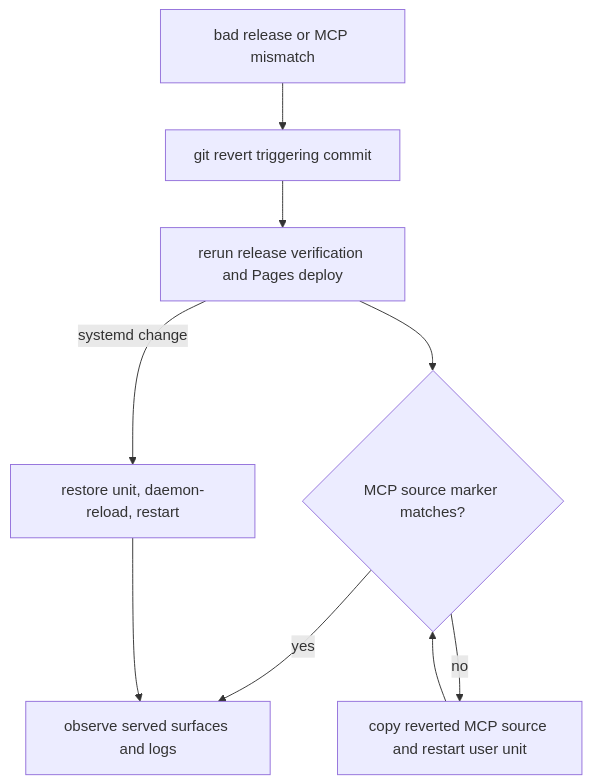
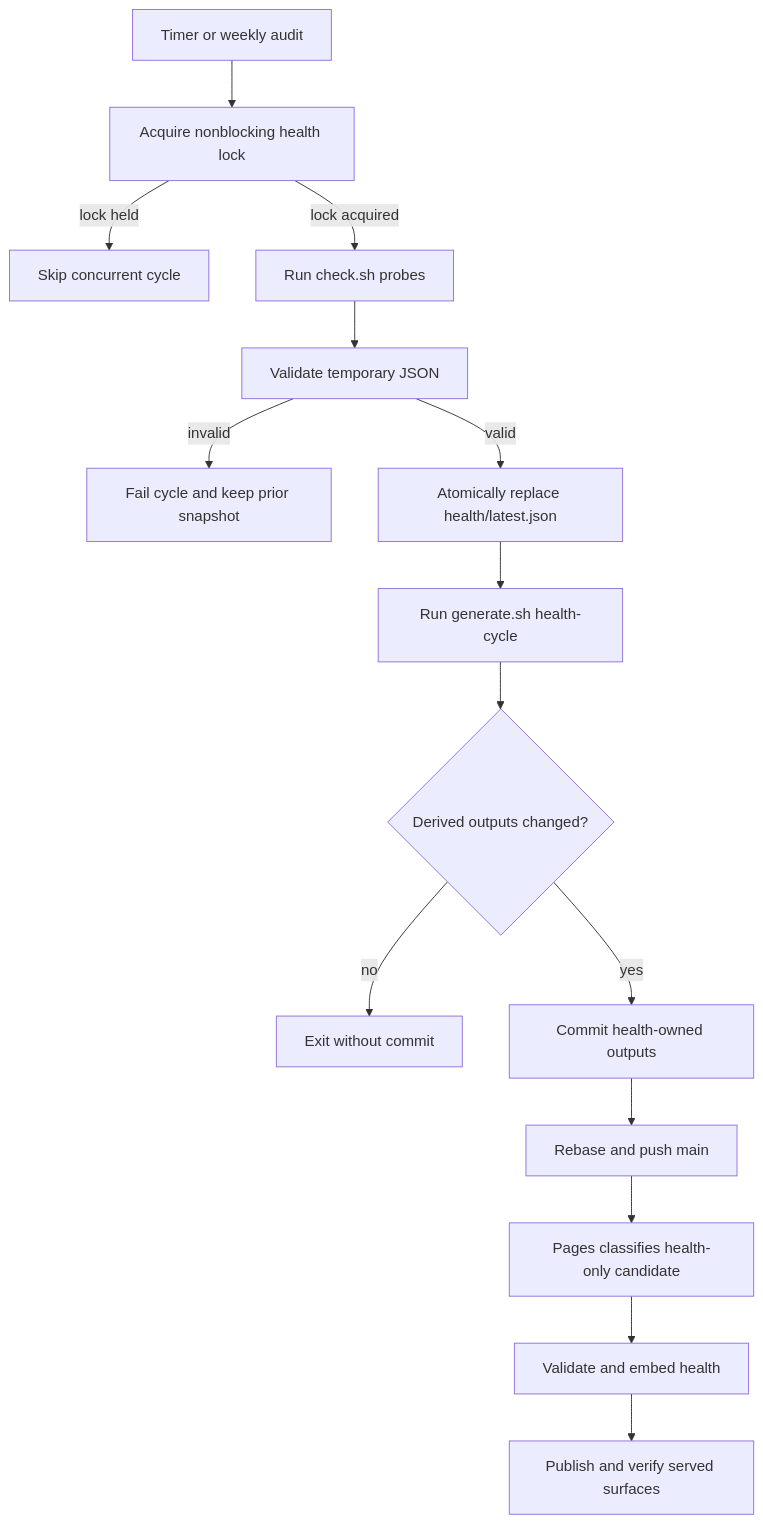
Before and after one commit to r3dz4r/datapulse-my: the diagram in openwiki/operations.md, drawn with Mermaid. The commit also changed other lines of this file and 4 other files, not shown here.

````diff
--- a/openwiki/operations.md
+++ b/openwiki/operations.md
@@ -247,11 +91,17 @@
 ```mermaid
 flowchart TD
-    R[bad release or MCP mismatch] --> V[git revert triggering commit]
-    V --> W[rerun release verification and Pages deploy]
-    W --> S{MCP source marker matches?}
-    S -->|yes| O[observe served surfaces and logs]
-    S -->|no| M[copy reverted MCP source and restart user unit]
-    M --> S
-    W -->|systemd change| U[restore unit, daemon-reload, restart]
-    U --> O
+    A[Timer or weekly audit] --> B[Acquire nonblocking health lock]
+    B -->|lock held| C[Skip concurrent cycle]
+    B -->|lock acquired| D[Run check.sh probes]
+    D --> E[Validate temporary JSON]
+    E -->|invalid| F[Fail cycle and keep prior snapshot]
+    E -->|valid| G[Atomically replace health/latest.json]
+    G --> H[Run generate.sh health-cycle]
+    H --> I{Derived outputs changed?}
+    I -->|no| J[Exit without commit]
+    I -->|yes| K[Commit health-owned outputs]
+    K --> L[Rebase and push main]
+    L --> M[Pages classifies health-only candidate]
+    M --> N[Validate and embed health]
+    N --> O[Publish and verify served surfaces]
 ```
````
